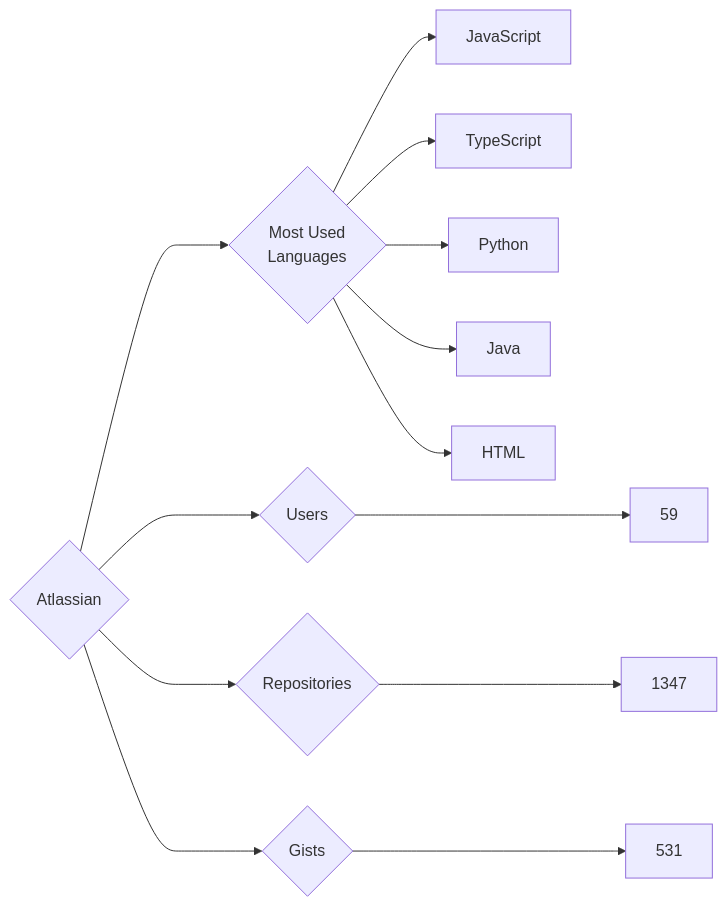
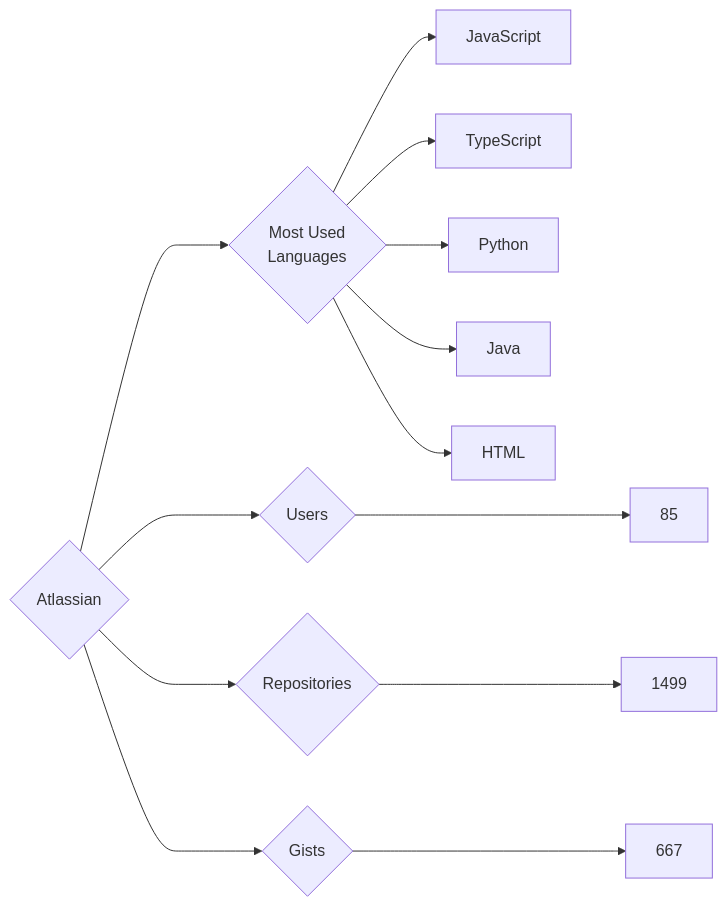
Before and after one commit to trickest/insiders: the diagram in targets/Atlassian/README.md, drawn with Mermaid. The commit also changed 882 other files, not shown here.

````diff
--- a/targets/Atlassian/README.md
+++ b/targets/Atlassian/README.md
@@ -3,13 +3,13 @@
 ```mermaid
 graph LR
 COMPANY_NAME{Atlassian}
-COMPANY_NAME ---> U{Users} ---> UN[59]
-COMPANY_NAME ---> R{Repositories} ---> RN[1347]
-COMPANY_NAME ---> G{Gists} ---> GN[531]
+COMPANY_NAME ---> U{Users} ---> UN[85]
+COMPANY_NAME ---> R{Repositories} ---> RN[1499]
+COMPANY_NAME ---> G{Gists} ---> GN[667]
 COMPANY_NAME ---> ML{Most Used<br>Languages}
 ML --> JavaScript[JavaScript]
 ML --> TypeScript[TypeScript]
 ML --> Python[Python]
 ML --> Java[Java]
 ML --> HTML[HTML]
 ```
````
